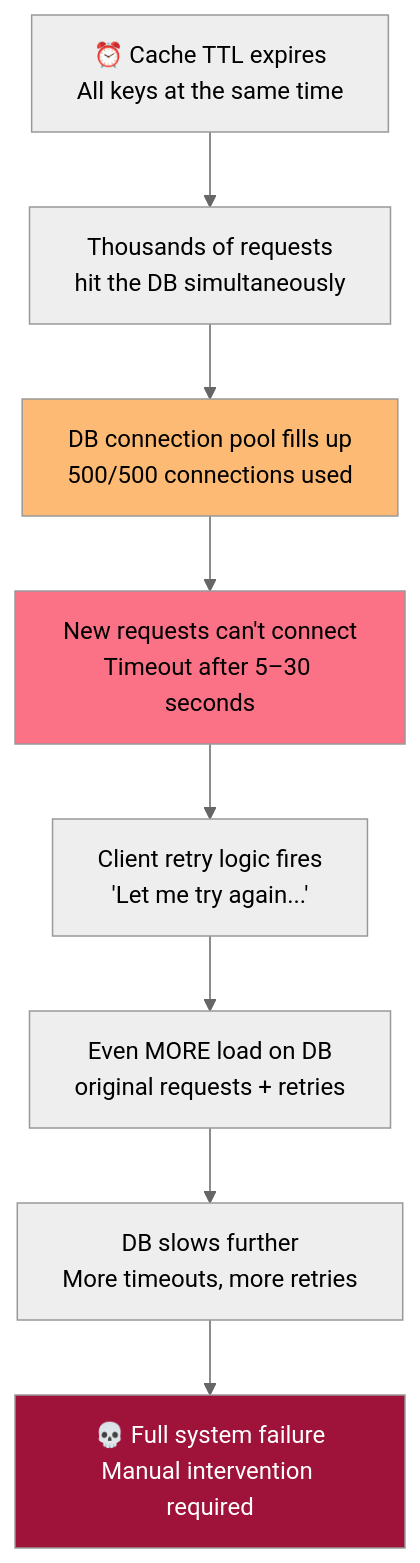
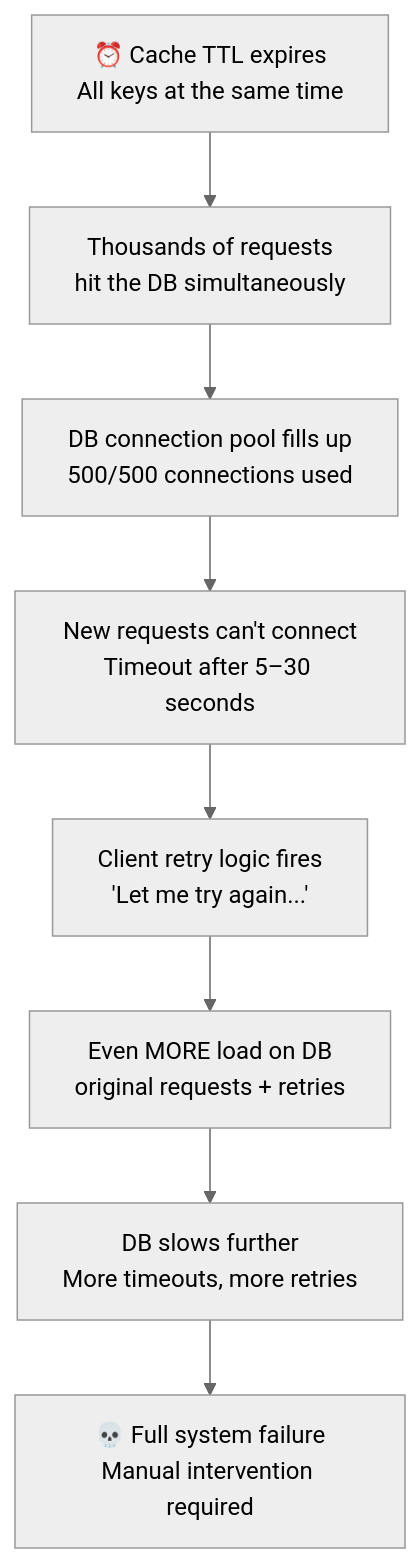
One commit to g-savitha/gsavitha.in changed the fourth of 9 diagrams in src/content/blog/thundering-herd.md. Above: the diagram before and after it, drawn with Mermaid (neutral theme). The commit also changed other lines of this file and 5 other files, not shown here.

Commit message:
Mermaid: move every post colour into one PALETTE; posts use named classes only

````diff
--- a/src/content/blog/thundering-herd.md
+++ b/src/content/blog/thundering-herd.md
@@ -145,14 +145,14 @@
 ```mermaid
 flowchart TD
     A["⏰ Cache TTL expires\nAll keys at the same time"] --> B["Thousands of requests\nhit the DB simultaneously"]
     B --> C["DB connection pool fills up\n500/500 connections used"]
     C --> D["New requests can't connect\nTimeout after 5–30 seconds"]
     D --> E["Client retry logic fires\n'Let me try again...'"]
     E --> F["Even MORE load on DB\noriginal requests + retries"]
     F --> G["DB slows further\nMore timeouts, more retries"]
     G --> H["💀 Full system failure\nManual intervention required"]
 
-    style C fill:#fdba74,color:#000
-    style D fill:#fb7185,color:#000
-    style H fill:#9f1239,color:#fff
+    class C severity1
+    class D severity2
+    class H severity3
 ```
````
